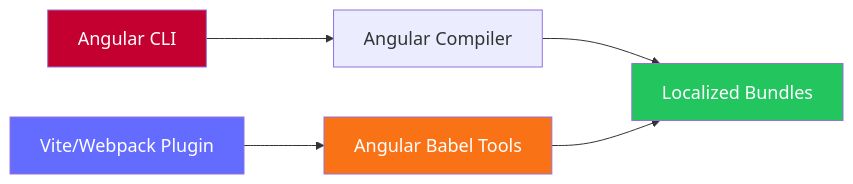
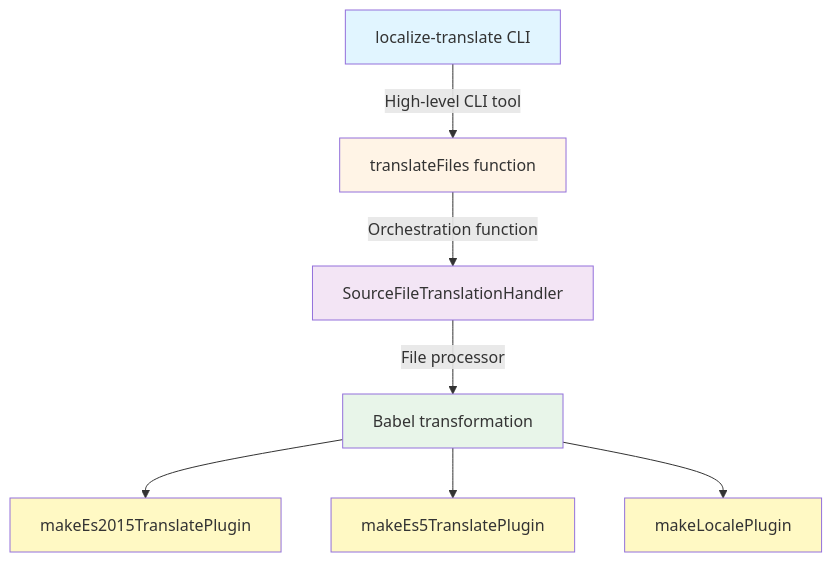
Before and after one commit to edbzn/edbzn.dev: the diagram in content/blog/cross-platform-i18n/index.md, drawn with Mermaid. The commit also changed other lines of this file, not shown here.

Commit message:
Update blog post title and description for clarity on cross-framework i18n with Angular localize

````diff
--- a/content/blog/cross-platform-i18n/index.md
+++ b/content/blog/cross-platform-i18n/index.md
@@ -22,14 +73,17 @@
 ```mermaid
-%%{init: { 'flowchart': { 'nodeSpacing': 50, 'rankSpacing': 80 }, 'themeVariables': { 'fontSize': '18px' } }}%%
-graph LR
-  A[Angular CLI] --> T[Angular Compiler]
-  V[Vite/Webpack Plugin] --> B[Angular Babel Tools]
+graph TD
+    A[localize-translate CLI] -->|High-level CLI tool| B[translateFiles function]
+    B -->|Orchestration function| C[SourceFileTranslationHandler]
+    C -->|File processor| D[Babel transformation]
+    D --> E[makeEs2015TranslatePlugin]
+    D --> F[makeEs5TranslatePlugin]
+    D --> G[makeLocalePlugin]
 
-  T --> OUT[Localized Bundles]
-  B --> OUT
-
-  style A fill:#c3002f,color:#fff
-  style V fill:#646cff,color:#fff
-  style B fill:#f97316,color:#fff
-  style OUT fill:#22c55e,color:#fff
+    style A fill:#e1f5ff
+    style B fill:#fff4e6
+    style C fill:#f3e5f5
+    style D fill:#e8f5e9
+    style E fill:#fff9c4
+    style F fill:#fff9c4
+    style G fill:#fff9c4
 ```
````
